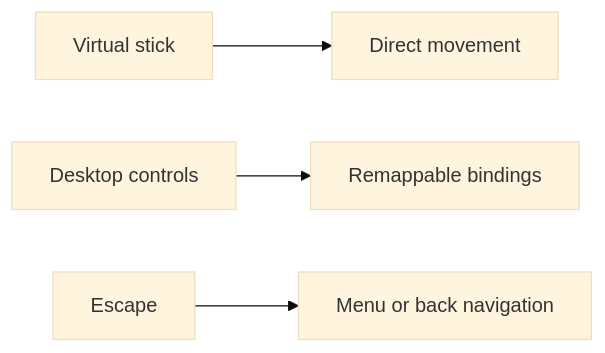
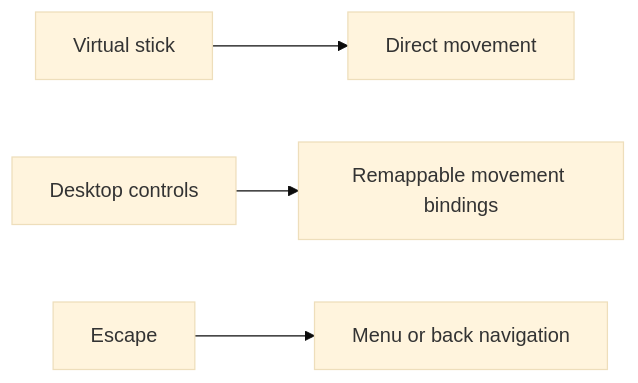
The eighth of 11 diagrams in README.md (AlexAgo83/emberwake), drawn with Mermaid (base theme) before and after one commit. The commit also changed other lines of this file, not shown here.

````diff
--- a/README.md
+++ b/README.md
@@ -213,6 +229,6 @@
 ```mermaid
 flowchart LR
     Mobile[Virtual stick] --> Move[Direct movement]
-    Desktop[Desktop controls] --> Rebind[Remappable bindings]
+    Desktop[Desktop controls] --> Rebind[Remappable movement bindings]
     Escape[Escape] --> ShellNav[Menu or back navigation]
 ```
````
